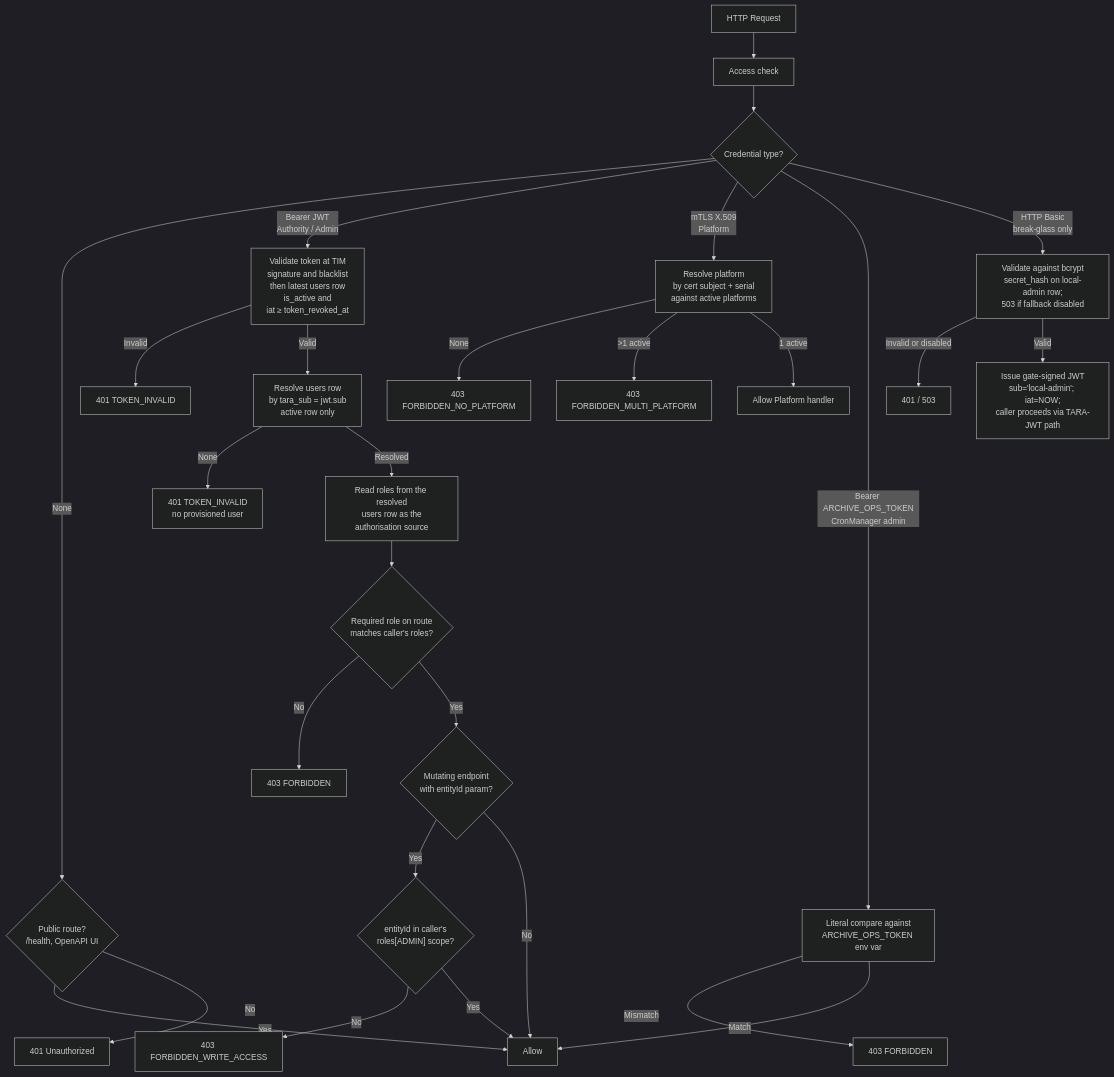
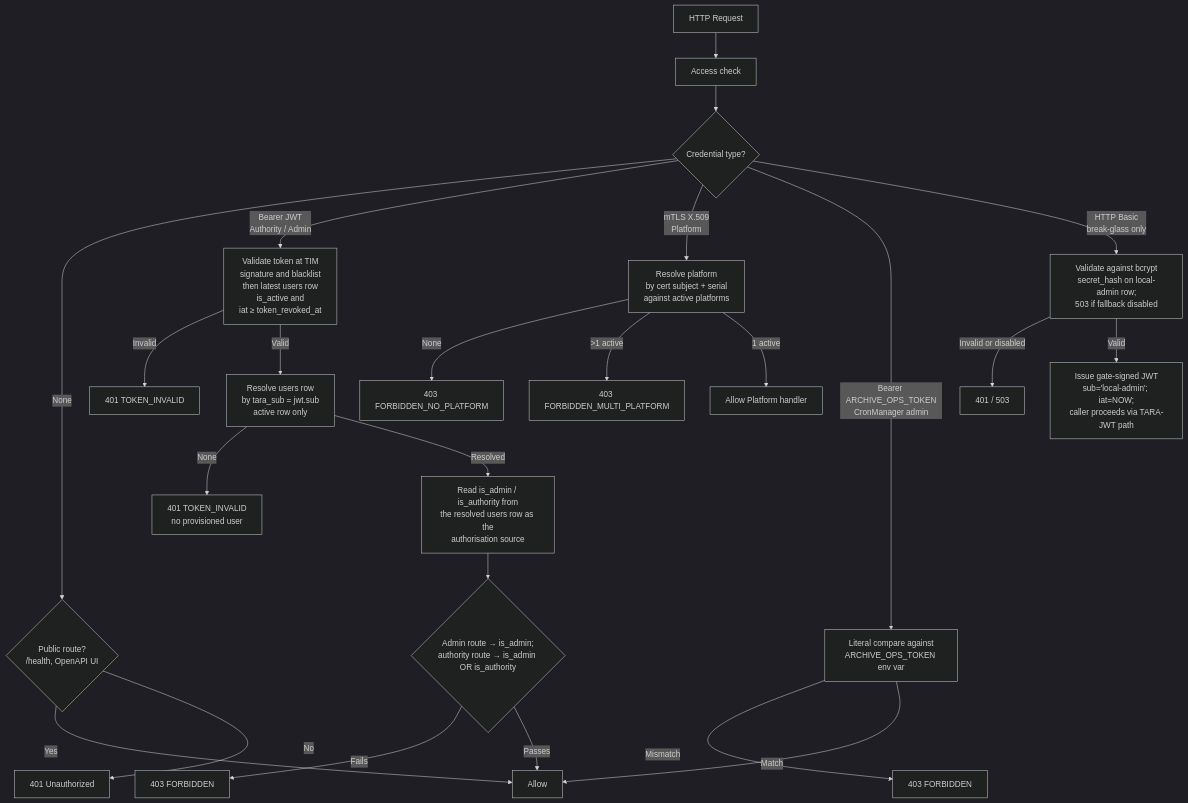
One commit to kemit-ee/efti-gate-ee changed the first of 4 diagrams in docs/specs/permissions-matrix.md. Above: the diagram before and after it, drawn with Mermaid (dark theme). The commit also changed other lines of this file and 42 other files, not shown here.

````diff
--- a/docs/specs/permissions-matrix.md
+++ b/docs/specs/permissions-matrix.md
@@ -37,30 +37,26 @@
 ```mermaid
 graph TD
     REQ[HTTP Request] --> AC[Access check]
     AC --> CRED{Credential type?}
     CRED -->|None| PUB{Public route?<br/>/health, OpenAPI UI}
     PUB -->|Yes| ALLOW[Allow]
     PUB -->|No| UNAUTH[401 Unauthorized]
     CRED -->|Bearer JWT<br/>Authority / Admin| TARA[Validate token at TIM<br/>signature and blacklist<br/>then latest users row<br/>is_active and<br/>iat ≥ token_revoked_at]
     CRED -->|mTLS X.509<br/>Platform| MTLS[Resolve platform<br/>by cert subject + serial<br/>against active platforms]
     CRED -->|Bearer ARCHIVE_OPS_TOKEN<br/>CronManager admin| OPS[Literal compare against<br/>ARCHIVE_OPS_TOKEN env var]
     CRED -->|HTTP Basic<br/>break-glass only| BG[Validate against bcrypt<br/>secret_hash on local-admin row;<br/>503 if fallback disabled]
     TARA -->|Invalid| ERR401[401 TOKEN_INVALID]
     TARA -->|Valid| TARASUB[Resolve users row<br/>by tara_sub = jwt.sub<br/>active row only]
     TARASUB -->|None| NOUSER[401 TOKEN_INVALID<br/>no provisioned user]
-    TARASUB -->|Resolved| AUTHZ[Read roles from the resolved<br/>users row as the<br/>authorisation source]
+    TARASUB -->|Resolved| AUTHZ[Read is_admin / is_authority from<br/>the resolved users row as the<br/>authorisation source]
     MTLS -->|None| NOPLAT[403 FORBIDDEN_NO_PLATFORM]
     MTLS -->|>1 active| MULTI[403 FORBIDDEN_MULTI_PLATFORM]
     MTLS -->|1 active| ALLOWPLAT[Allow Platform handler]
     OPS -->|Mismatch| OPSDENY[403 FORBIDDEN]
     OPS -->|Match| ALLOW
     BG -->|Invalid or disabled| BGFAIL[401 / 503]
     BG -->|Valid| BGTOKEN[Issue gate-signed JWT<br/>sub='local-admin'; iat=NOW;<br/>caller proceeds via TARA-JWT path]
-    AUTHZ --> ROLECHECK{Required role on route<br/>matches caller's roles?}
-    ROLECHECK -->|No| ERR403[403 FORBIDDEN]
-    ROLECHECK -->|Yes| WRITE{Mutating endpoint<br/>with entityId param?}
-    WRITE -->|Yes| SCOPE{"entityId in caller's<br/>roles[ADMIN] scope?"}
-    SCOPE -->|No| ERR403WA[403 FORBIDDEN_WRITE_ACCESS]
-    SCOPE -->|Yes| ALLOW
-    WRITE -->|No| ALLOW
+    AUTHZ --> ROLECHECK{"Admin route → is_admin;<br/>authority route → is_admin OR is_authority"}
+    ROLECHECK -->|Fails| ERR403[403 FORBIDDEN]
+    ROLECHECK -->|Passes| ALLOW
 ```
````
